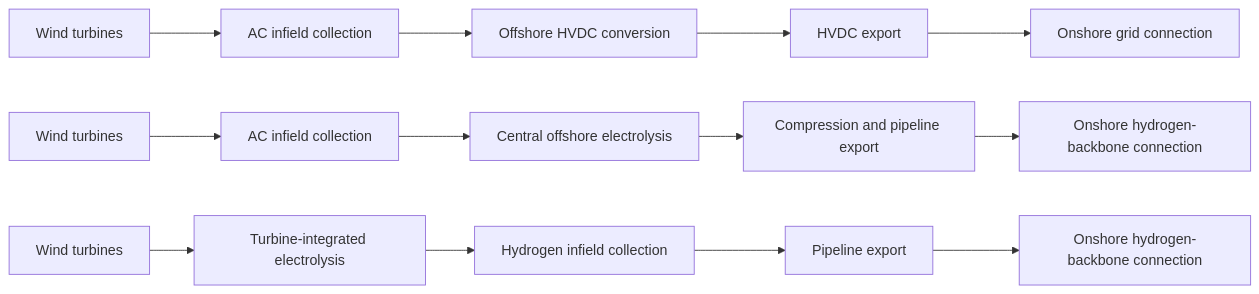
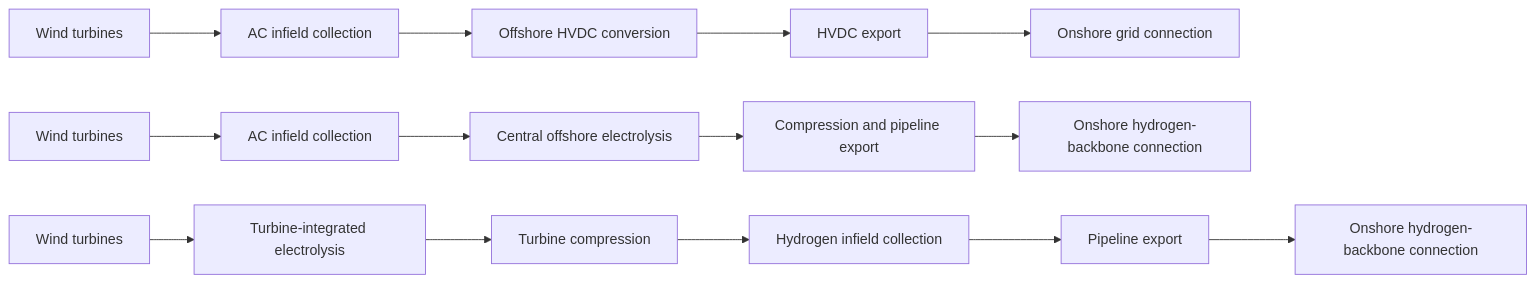
Before and after one commit to vverbist/offshore-wind-infrastructure-encyclopedia: the diagram in architectures/overview.qmd, drawn with Mermaid. The commit also changed other lines of this file and 47 other files, not shown here.

````diff
--- a/architectures/overview.qmd
+++ b/architectures/overview.qmd
@@ -36,18 +36,19 @@
 ```{mermaid}
 %%| fig-height: 2.8
 flowchart LR
   E1["Wind turbines"] --> E2["AC infield collection"]
   E2 --> E3["Offshore HVDC conversion"]
   E3 --> E4["HVDC export"]
   E4 --> E5["Onshore grid connection"]
 
   C1["Wind turbines"] --> C2["AC infield collection"]
   C2 --> C3["Central offshore electrolysis"]
   C3 --> C4["Compression and pipeline export"]
   C4 --> C5["Onshore hydrogen-backbone connection"]
 
   D1["Wind turbines"] --> D2["Turbine-integrated electrolysis"]
-  D2 --> D3["Hydrogen infield collection"]
+  D2 --> DC["Turbine compression"]
+  DC --> D3["Hydrogen infield collection"]
   D3 --> D4["Pipeline export"]
   D4 --> D5["Onshore hydrogen-backbone connection"]
 ```
````
